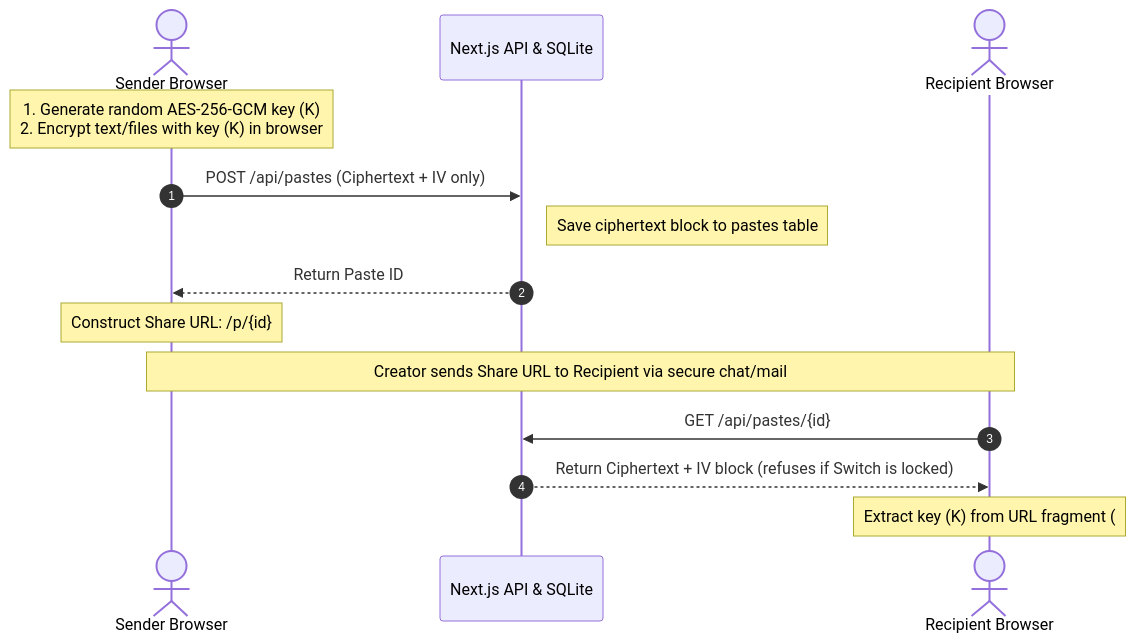
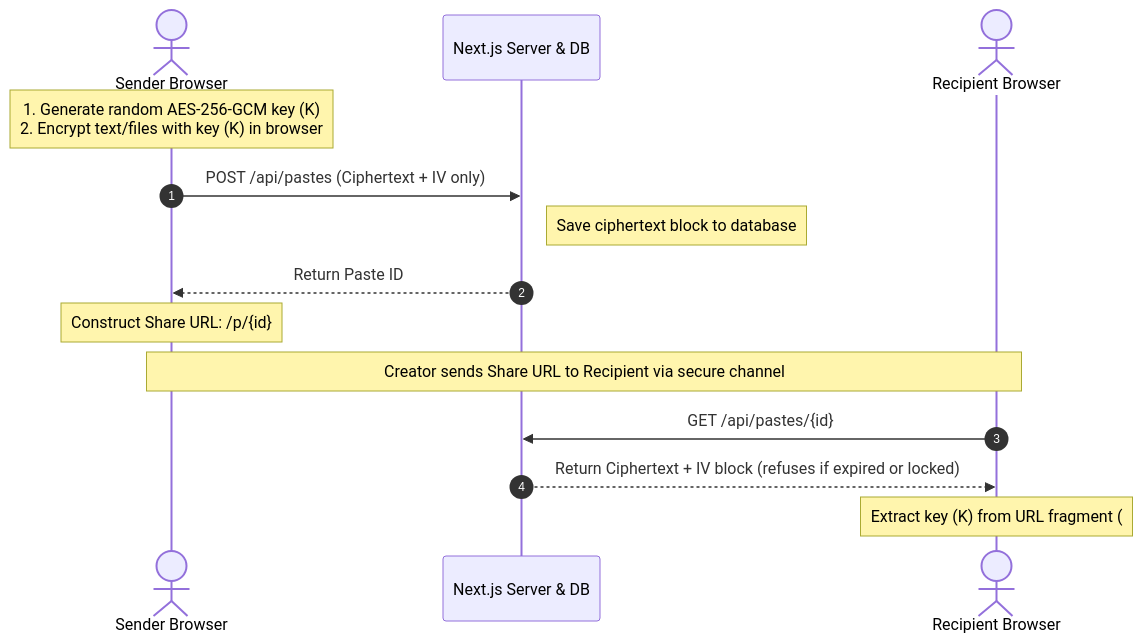
One commit to Saitriveni23/clonefest- changed the diagram in README.md. Above: the diagram before and after it, drawn with Mermaid. The commit also changed other lines of this file and 2 other files, not shown here.

Commit message:
docs: expand README architecture and security model, and polish password labels and PII scanner

````diff
--- a/README.md
+++ b/README.md
@@ -66,19 +24,19 @@
 ```mermaid
 sequenceDiagram
     autonumber
     actor Creator as Sender Browser
-    participant Server as Next.js API & SQLite
+    participant Server as Next.js Server & DB
     actor Recipient as Recipient Browser
 
     note over Creator: 1. Generate random AES-256-GCM key (K)<br/>2. Encrypt text/files with key (K) in browser
     Creator->>Server: POST /api/pastes (Ciphertext + IV only)
-    Note right of Server: Save ciphertext block to pastes table
+    Note right of Server: Save ciphertext block to database
     Server-->>Creator: Return Paste ID
     note over Creator: Construct Share URL: /p/{id}#K
 
-    Note over Creator, Recipient: Creator sends Share URL to Recipient via secure chat/mail
+    Note over Creator, Recipient: Creator sends Share URL to Recipient via secure channel
 
     Recipient->>Server: GET /api/pastes/{id}
-    Server-->>Recipient: Return Ciphertext + IV block (refuses if Switch is locked)
+    Server-->>Recipient: Return Ciphertext + IV block (refuses if expired or locked)
     note over Recipient: Extract key (K) from URL fragment (#)<br/>Decrypt ciphertext in browser with (K)
 ```
````
